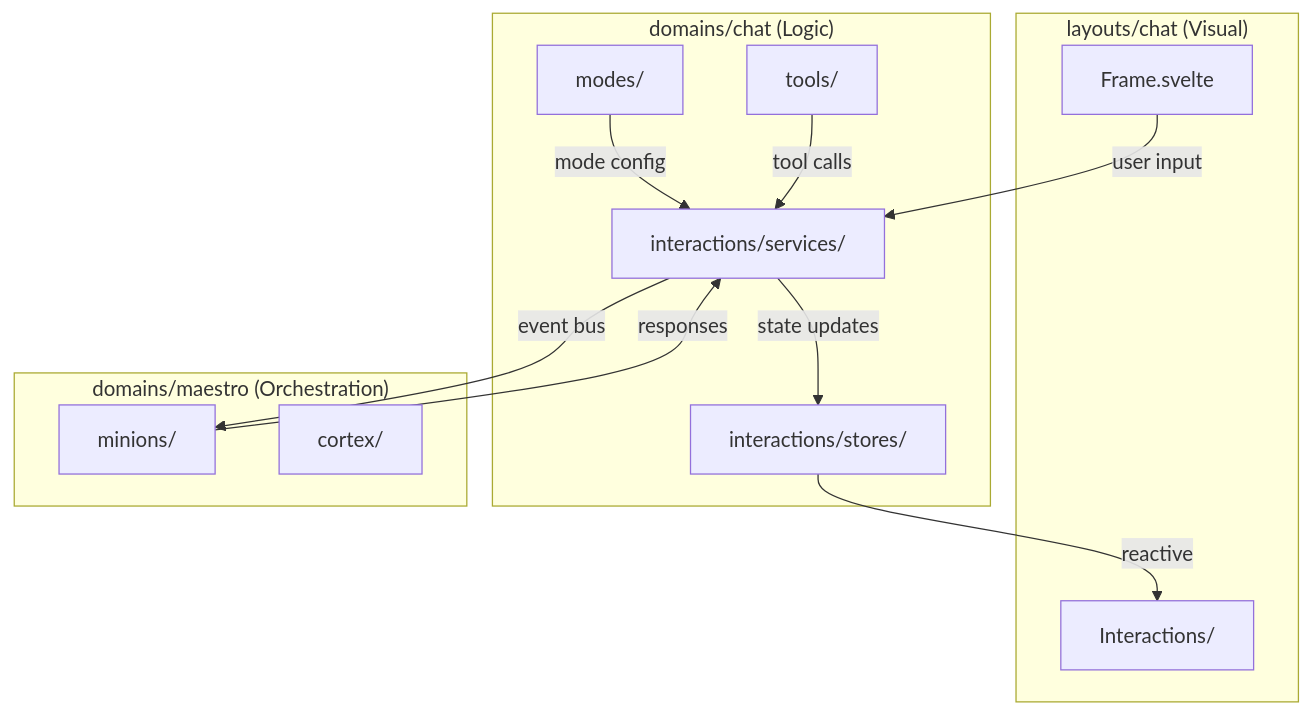
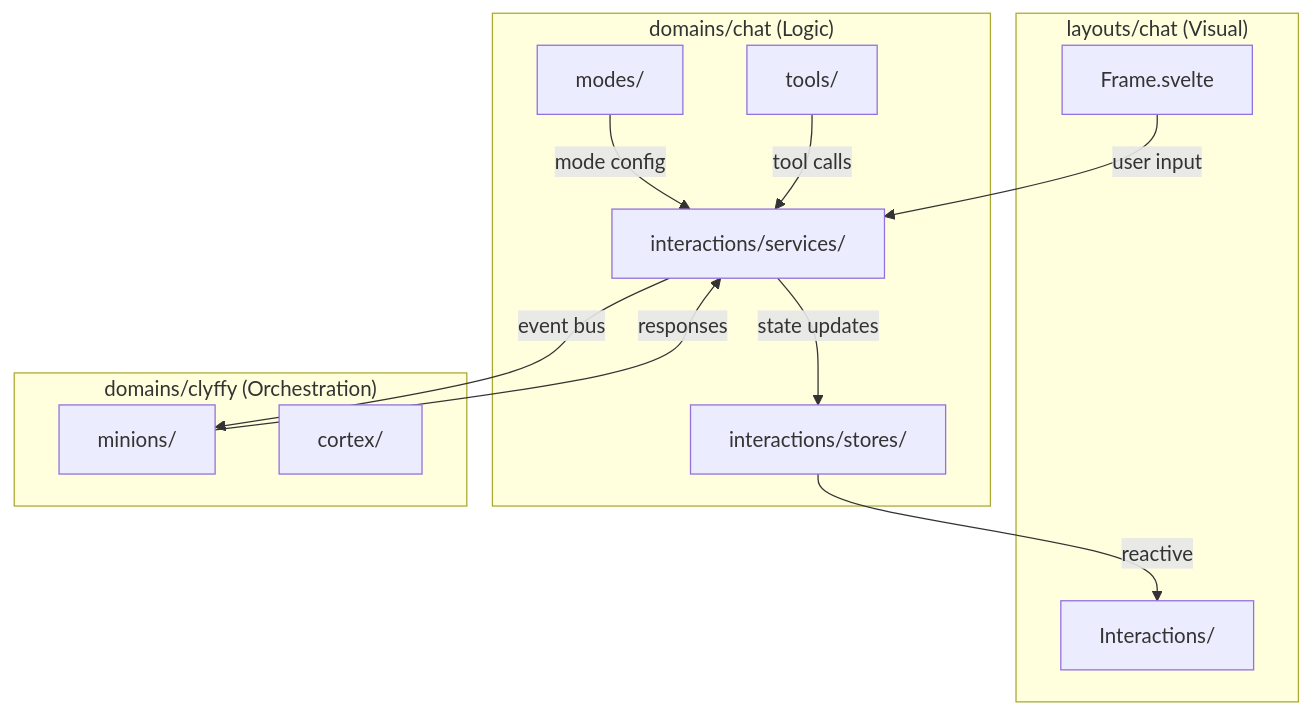
The diagram in interfaces/desktop/src/lib/domains/chat/README.md (EonsofStupid/platform_devpulse), drawn with Mermaid before and after one commit. The commit also changed other lines of this file and 151 other files, not shown here.

First line of the commit message:
feat(engine): rename maestro to clyffy, add visual system, align components

````diff
--- a/interfaces/desktop/src/lib/domains/chat/README.md
+++ b/interfaces/desktop/src/lib/domains/chat/README.md
@@ -55,27 +55,27 @@
 ```mermaid
 flowchart TB
     subgraph UI["layouts/chat (Visual)"]
         A[Frame.svelte]
         B[Interactions/]
     end
 
     subgraph Domain["domains/chat (Logic)"]
         C[interactions/services/]
         D[interactions/stores/]
         E[modes/]
         F[tools/]
     end
 
-    subgraph AI["domains/maestro (Orchestration)"]
+    subgraph AI["domains/clyffy (Orchestration)"]
         G[minions/]
         H[cortex/]
     end
 
     A -->|user input| C
     C -->|state updates| D
     D -->|reactive| B
     C -->|event bus| G
     G -->|responses| C
     E -->|mode config| C
     F -->|tool calls| C
 ```
````
